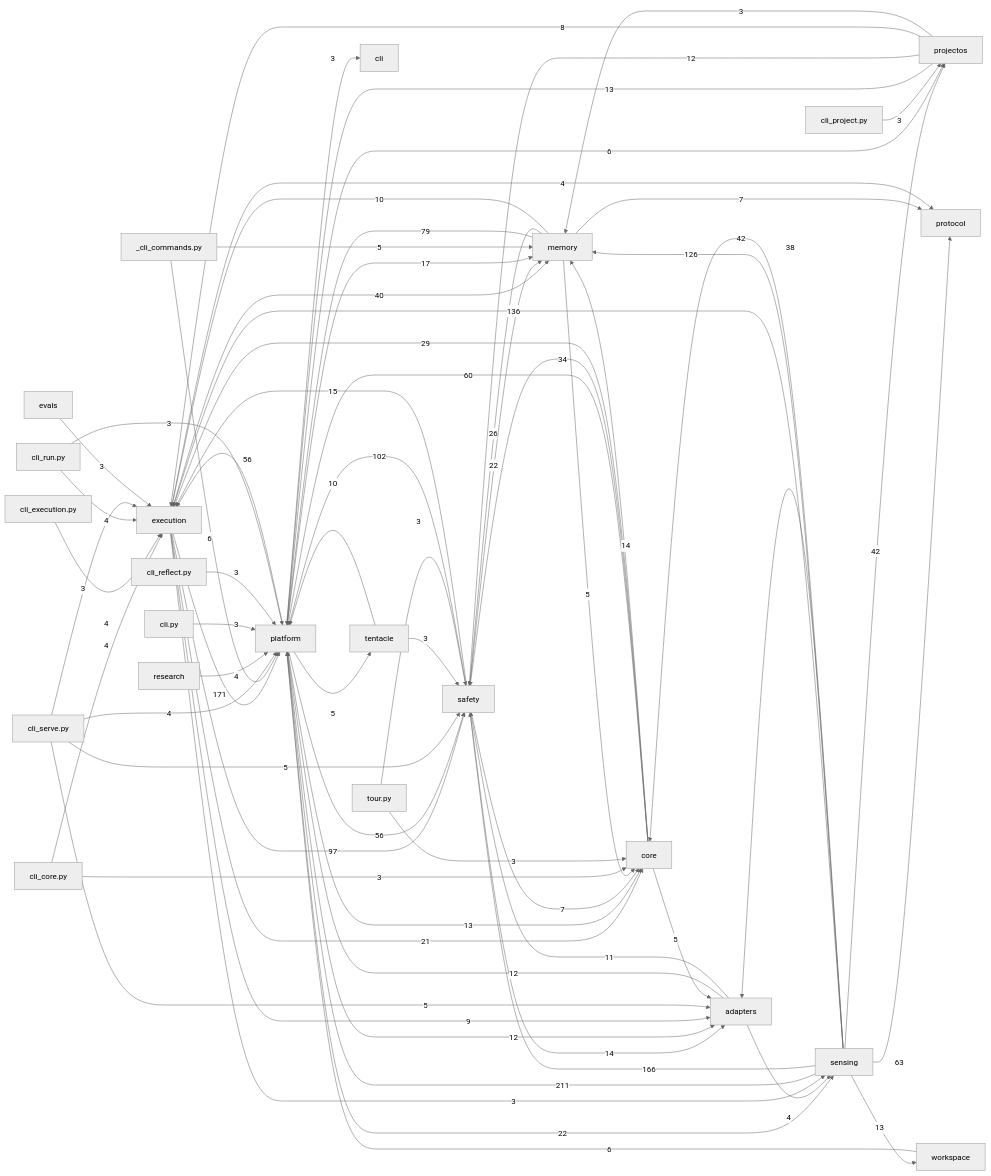
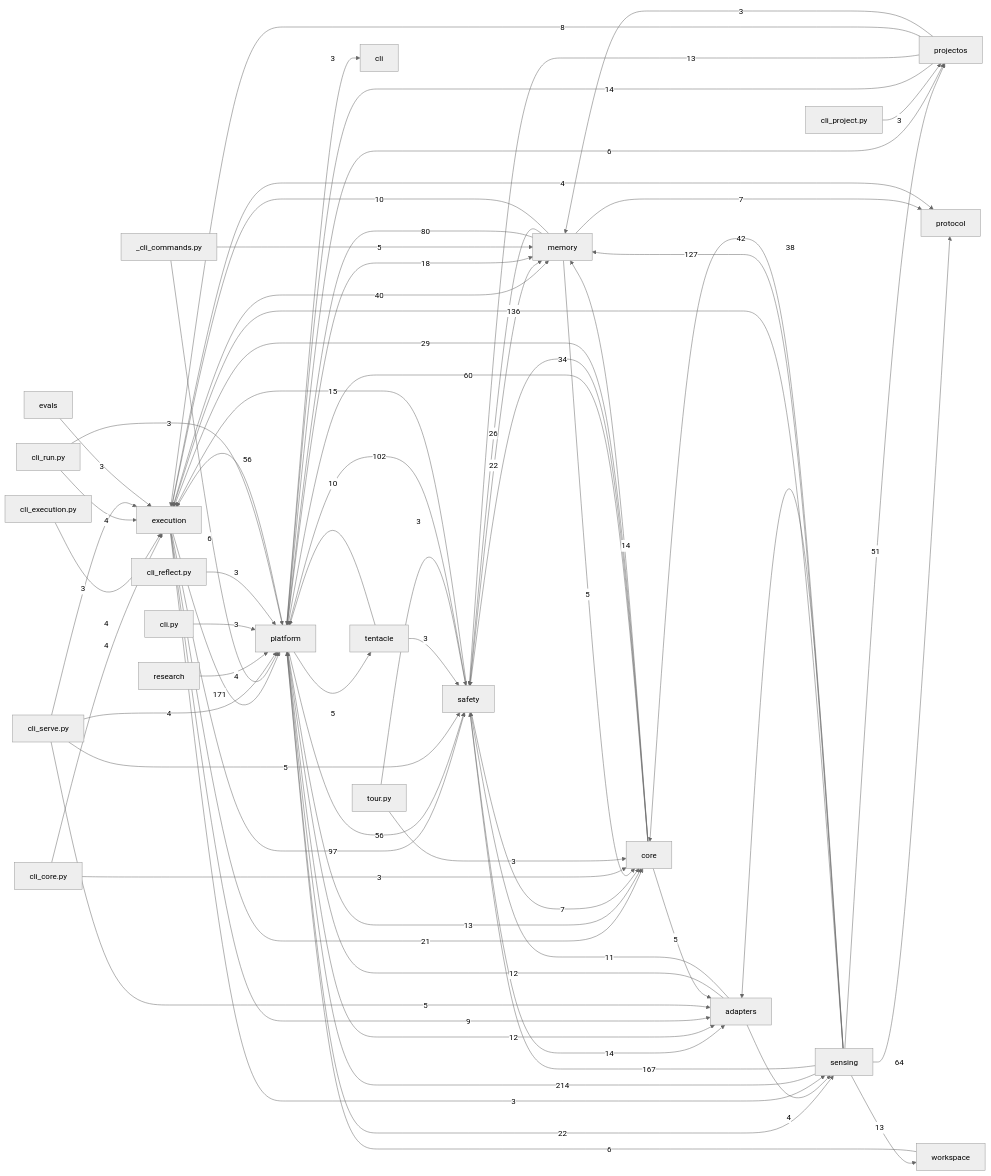
Before and after one commit to dengdenghua/echo-ai: the diagram in docs/auto/20-backend/index.md, drawn with Mermaid (neutral theme). The commit also changed 29 other files, not shown here.

````diff
--- a/docs/auto/20-backend/index.md
+++ b/docs/auto/20-backend/index.md
@@ -26,78 +26,78 @@
 ```mermaid
 graph LR
   execution[execution]
   core[core]
   safety[safety]
   memory[memory]
   sensing[sensing]
   adapters[adapters]
   platform[platform]
-  sensing -- 211 --> platform
+  sensing -- 214 --> platform
   execution -- 171 --> platform
-  sensing -- 166 --> safety
+  sensing -- 167 --> safety
   sensing -- 136 --> execution
-  sensing -- 126 --> memory
+  sensing -- 127 --> memory
   safety -- 102 --> platform
   execution -- 97 --> safety
-  memory -- 79 --> platform
-  sensing -- 63 --> protocol
+  memory -- 80 --> platform
+  sensing -- 64 --> protocol
   core -- 60 --> platform
   platform -- 56 --> execution
   platform -- 56 --> safety
+  sensing -- 51 --> projectos
   sensing -- 42 --> core
-  sensing -- 42 --> projectos
   execution -- 40 --> memory
   sensing -- 38 --> adapters
   core -- 34 --> safety
   core -- 29 --> execution
   memory -- 26 --> safety
   platform -- 22 --> sensing
   safety -- 22 --> memory
   execution -- 21 --> core
-  platform -- 17 --> memory
+  platform -- 18 --> memory
   safety -- 15 --> execution
   core -- 14 --> memory
+  projectos -- 14 --> platform
   safety -- 14 --> adapters
   platform -- 13 --> core
-  projectos -- 13 --> platform
+  projectos -- 13 --> safety
   sensing -- 13 --> workspace
   adapters -- 12 --> platform
   platform -- 12 --> adapters
-  projectos -- 12 --> safety
   adapters -- 11 --> safety
   memory -- 10 --> execution
   tentacle -- 10 --> platform
   execution -- 9 --> adapters
   projectos -- 8 --> execution
   memory -- 7 --> protocol
   safety -- 7 --> core
   _cli_commands.py -- 6 --> platform
   platform -- 6 --> projectos
   workspace -- 6 --> platform
   _cli_commands.py -- 5 --> memory
   cli_serve.py -- 5 --> adapters
   cli_serve.py -- 5 --> safety
   core -- 5 --> adapters
   memory -- 5 --> core
   platform -- 5 --> tentacle
   adapters -- 4 --> sensing
   cli_core.py -- 4 --> execution
   cli_execution.py -- 4 --> execution
   cli_run.py -- 4 --> execution
   cli_serve.py -- 4 --> platform
   execution -- 4 --> protocol
   research -- 4 --> platform
   cli.py -- 3 --> platform
   cli_core.py -- 3 --> core
   cli_project.py -- 3 --> projectos
   cli_reflect.py -- 3 --> platform
   cli_run.py -- 3 --> platform
   cli_serve.py -- 3 --> execution
   evals -- 3 --> execution
   execution -- 3 --> sensing
   platform -- 3 --> cli
   projectos -- 3 --> memory
   tentacle -- 3 --> safety
   tour.py -- 3 --> core
   tour.py -- 3 --> safety
 ```
````
